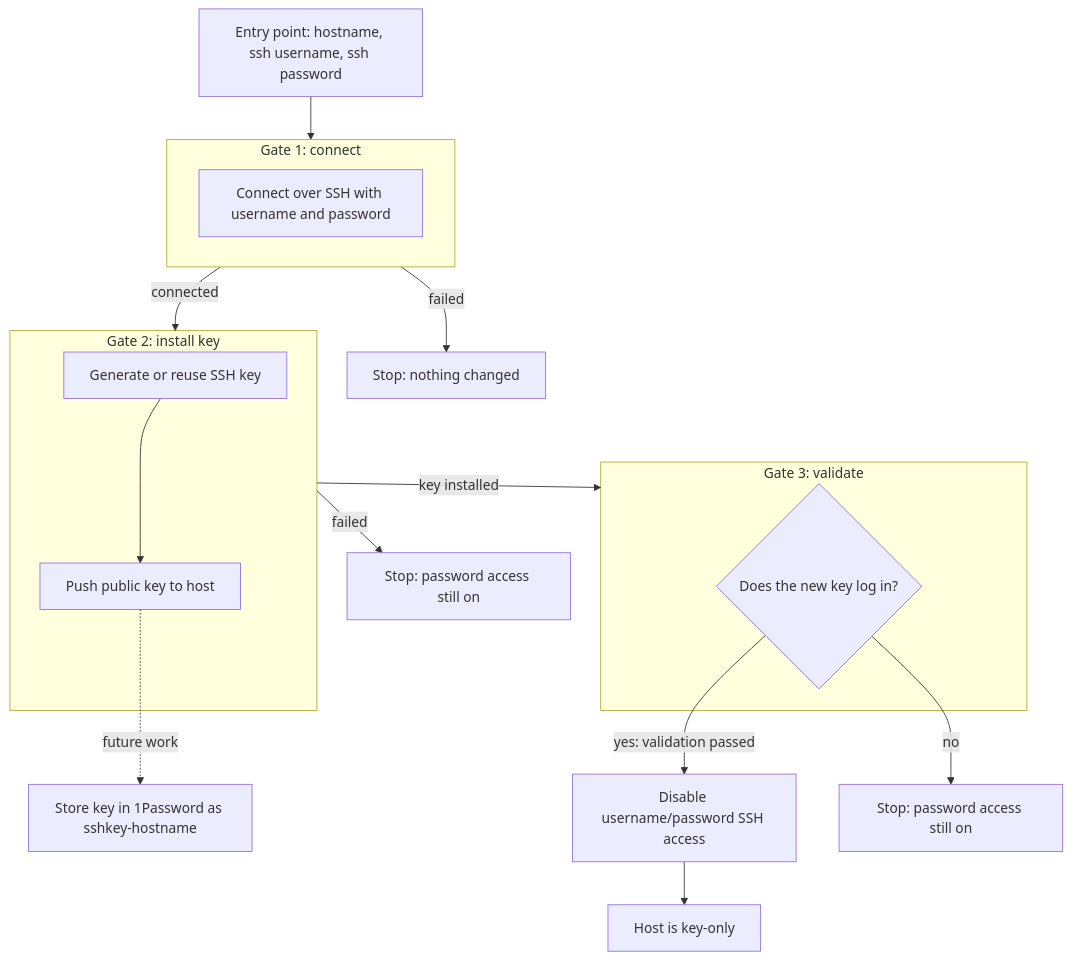
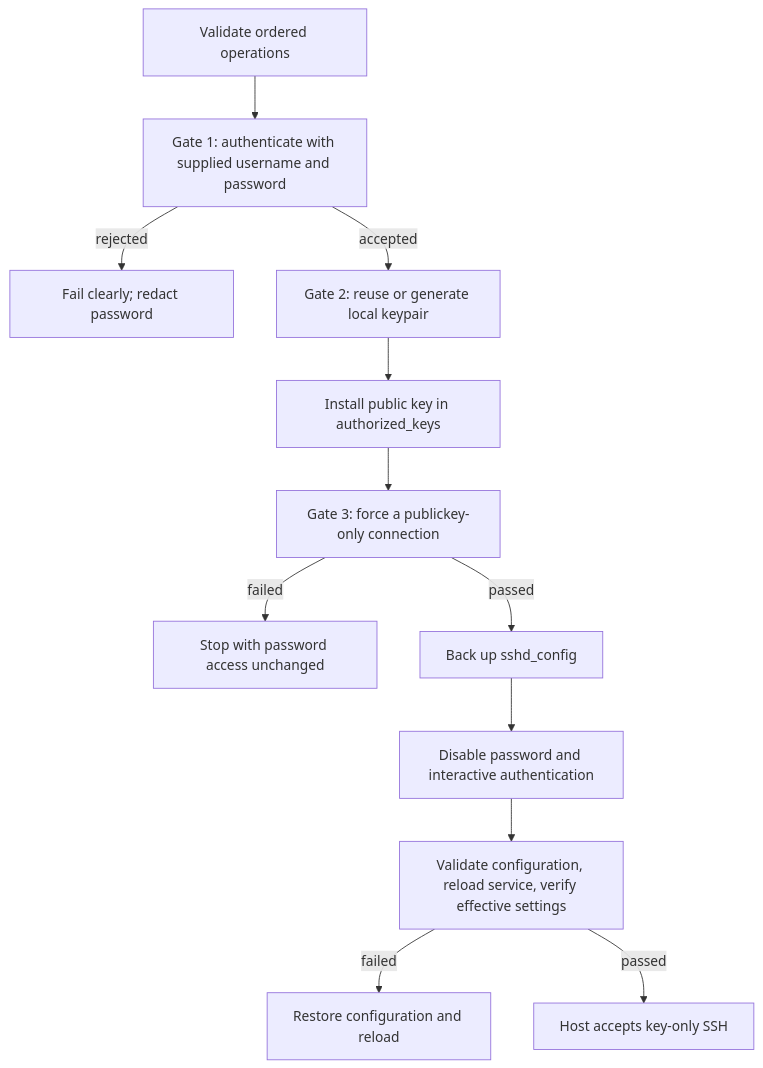
One commit to kopecn/my-galaxy-playbooks changed the second of 2 diagrams in docs/playbooks/provisioning.md. Above: the diagram before and after it, drawn with Mermaid. The commit also changed other lines of this file and 19 other files, not shown here.

````diff
--- a/docs/playbooks/provisioning.md
+++ b/docs/playbooks/provisioning.md
@@ -12,27 +56,14 @@
 ```mermaid
 flowchart TD
-    Start[Entry point: hostname, ssh username, ssh password] --> G1
-
-    subgraph G1[Gate 1: connect]
-        Connect[Connect over SSH with username and password]
-    end
-
-    G1 -->|connected| G2
-    G1 -->|failed| Stop1[Stop: nothing changed]
-
-    subgraph G2[Gate 2: install key]
-        Generate[Generate or reuse SSH key] --> Push[Push public key to host]
-    end
-
-    Push -. future work .-> Store[Store key in 1Password as sshkey-hostname]
-    G2 -->|key installed| G3
-    G2 -->|failed| Stop2[Stop: password access still on]
-
-    subgraph G3[Gate 3: validate]
-        Validate{Does the new key log in?}
-    end
-
-    Validate -->|yes: validation passed| Disable[Disable username/password SSH access]
-    Validate -->|no| Stop3[Stop: password access still on]
-    Disable --> Done[Host is key-only]
+    Start[Validate ordered operations] --> Connect[Gate 1: authenticate with supplied username and password]
+    Connect -->|rejected| AuthFail[Fail clearly; redact password]
+    Connect -->|accepted| Key[Gate 2: reuse or generate local keypair]
+    Key --> Push[Install public key in authorized_keys]
+    Push --> Validate[Gate 3: force a publickey-only connection]
+    Validate -->|failed| Safe[Stop with password access unchanged]
+    Validate -->|passed| Backup[Back up sshd_config]
+    Backup --> Lock[Disable password and interactive authentication]
+    Lock --> Check[Validate configuration, reload service, verify effective settings]
+    Check -->|failed| Restore[Restore configuration and reload]
+    Check -->|passed| Done[Host accepts key-only SSH]
 ```
````
